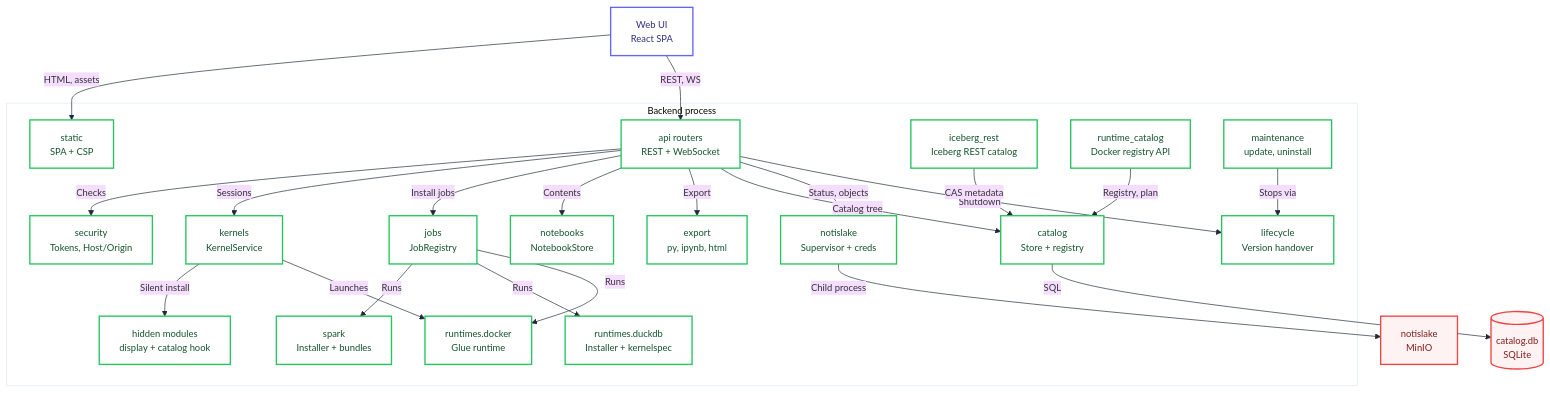
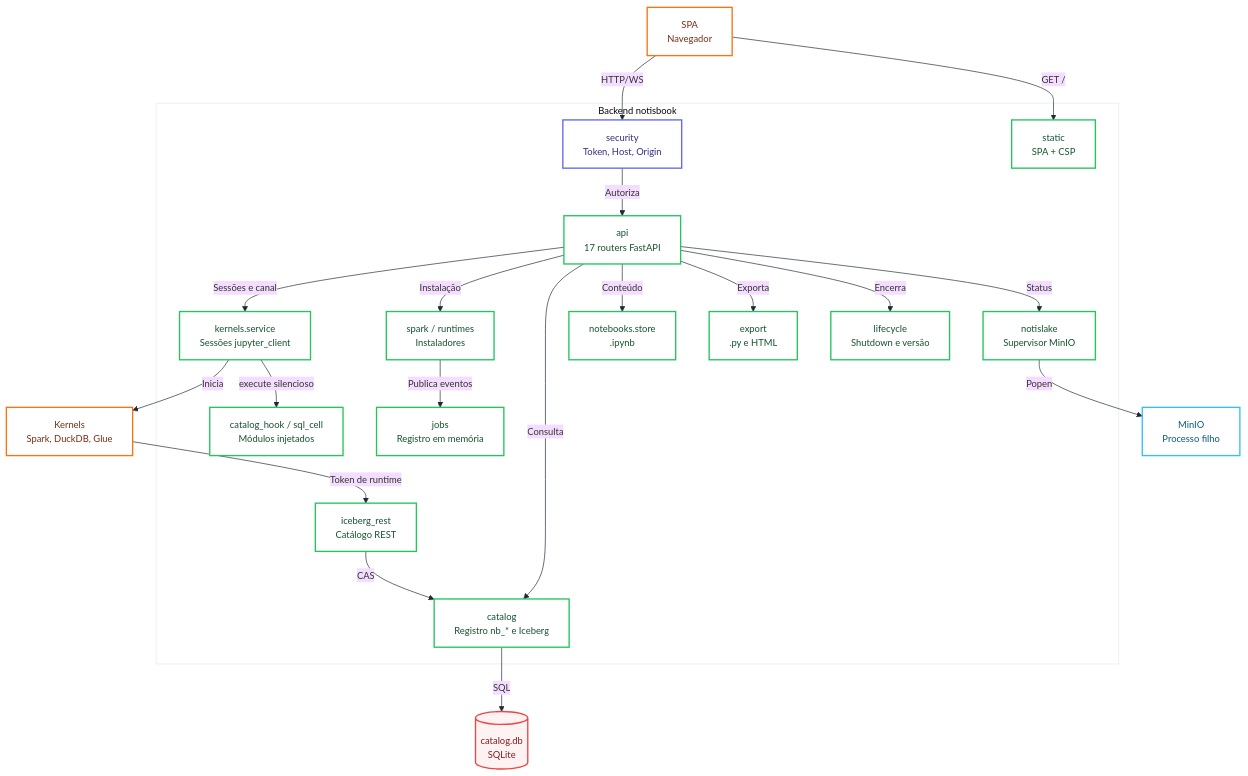
The diagram in docs/arch/component.mmd (ROM-mm/Notisbook), drawn with Mermaid before and after one commit. The commit also changed 7 other files, not shown here.

First line of the commit message:
fix(spark): bind local kernels to loopback only (#15)

```diff
--- a/docs/arch/component.mmd
+++ b/docs/arch/component.mmd
@@ -1,61 +1,57 @@
 %%{init: {"theme":"base",
   "fontFamily":"ui-monospace, SFMono-Regular, Menlo, monospace",
   "themeVariables":{
     "fontSize":"14px","lineColor":"#1F2937",
     "clusterBkg":"#FFFFFF","clusterBorder":"#E2E8F0"}}}%%
 graph TB
-    SPA["Web UI<br/>React SPA"]
+    SPA["SPA<br/>Navegador"]
+    KERN["Kernels<br/>Spark, DuckDB, Glue"]
 
-    subgraph BACKEND["Backend process"]
+    subgraph BACK["Backend notisbook"]
+        SEC["security<br/>Token, Host, Origin"]
+        ROUTERS["api<br/>17 routers FastAPI"]
         STATIC["static<br/>SPA + CSP"]
-        SEC["security<br/>Tokens, Host/Origin"]
-        ROUTERS["api routers<br/>REST + WebSocket"]
-        ICEREST["iceberg_rest<br/>Iceberg REST catalog"]
-        RTCAT["runtime_catalog<br/>Docker registry API"]
-        KERN["kernels<br/>KernelService"]
-        HOOKS["hidden modules<br/>display + catalog hook"]
-        SPARKI["spark<br/>Installer + bundles"]
-        DUCKI["runtimes.duckdb<br/>Installer + kernelspec"]
-        DOCKR["runtimes.docker<br/>Glue runtime"]
-        CATALOG["catalog<br/>Store + registry"]
-        NOTISLAKE["notislake<br/>Supervisor + creds"]
-        NBSTORE["notebooks<br/>NotebookStore"]
-        EXPORT["export<br/>py, ipynb, html"]
-        JOBS["jobs<br/>JobRegistry"]
-        MAINT["maintenance<br/>update, uninstall"]
-        LIFE["lifecycle<br/>Version handover"]
+        KSVC["kernels.service<br/>Sessões jupyter_client"]
+        HOOKS["catalog_hook / sql_cell<br/>Módulos injetados"]
+        RUNT["spark / runtimes<br/>Instaladores"]
+        JOBS["jobs<br/>Registro em memória"]
+        CAT["catalog<br/>Registro nb_* e Iceberg"]
+        ICE["iceberg_rest<br/>Catálogo REST"]
+        LAKE["notislake<br/>Supervisor MinIO"]
+        NBS["notebooks.store<br/>.ipynb"]
+        EXP["export<br/>.py e HTML"]
+        LIFE["lifecycle<br/>Shutdown e versão"]
     end
 
     CATDB[("catalog.db<br/>SQLite")]
-    MINIO["notislake<br/>MinIO"]
+    MINIO["MinIO<br/>Processo filho"]
 
-    SPA -->|"HTML, assets"| STATIC
-    SPA -->|"REST, WS"| ROUTERS
-    ROUTERS -->|"Checks"| SEC
-    ROUTERS -->|"Sessions"| KERN
-    ROUTERS -->|"Install jobs"| JOBS
-    JOBS -->|"Runs"| SPARKI
-    JOBS -->|"Runs"| DUCKI
-    JOBS -->|"Runs"| DOCKR
-    ROUTERS -->|"Contents"| NBSTORE
-    ROUTERS -->|"Export"| EXPORT
-    ROUTERS -->|"Catalog tree"| CATALOG
-    ROUTERS -->|"Status, objects"| NOTISLAKE
-    ROUTERS -->|"Shutdown"| LIFE
-    KERN -->|"Silent install"| HOOKS
-    KERN -->|"Launches"| DOCKR
-    ICEREST -->|"CAS metadata"| CATALOG
-    RTCAT -->|"Registry, plan"| CATALOG
-    CATALOG -->|"SQL"| CATDB
-    NOTISLAKE -->|"Child process"| MINIO
-    MAINT -->|"Stops via"| LIFE
+    SPA -->|"HTTP/WS"| SEC
+    SEC -->|"Autoriza"| ROUTERS
+    SPA -->|"GET /"| STATIC
+    ROUTERS -->|"Sessões e canal"| KSVC
+    ROUTERS -->|"Instalação"| RUNT
+    RUNT -->|"Publica eventos"| JOBS
+    ROUTERS -->|"Consulta"| CAT
+    ROUTERS -->|"Conteúdo"| NBS
+    ROUTERS -->|"Exporta"| EXP
+    ROUTERS -->|"Status"| LAKE
+    ROUTERS -->|"Encerra"| LIFE
+    KSVC -->|"execute silencioso"| HOOKS
+    KSVC -->|"Inicia"| KERN
+    KERN -->|"Token de runtime"| ICE
+    ICE -->|"CAS"| CAT
+    CAT -->|"SQL"| CATDB
+    LAKE -->|"Popen"| MINIO
 
     classDef external    fill:#FFFFFF,stroke:#F97316,stroke-width:2px,color:#7C2D12
     classDef integration fill:#FFFFFF,stroke:#6366F1,stroke-width:2px,color:#312E81
     classDef processing  fill:#FFFFFF,stroke:#22C55E,stroke-width:2px,color:#14532D
     classDef persistence fill:#FEF2F2,stroke:#EF4444,stroke-width:2px,color:#7F1D1D
     classDef support     fill:#FFFFFF,stroke:#38BDF8,stroke-width:2px,color:#075985
 
-    class SPA integration
-    class STATIC,SEC,ROUTERS,ICEREST,RTCAT,KERN,HOOKS,SPARKI,DUCKI,DOCKR,CATALOG,NOTISLAKE,NBSTORE,EXPORT,JOBS,MAINT,LIFE processing
-    class CATDB,MINIO persistence
+    class SPA,KERN external
+    class SEC integration
+    class ROUTERS,STATIC,KSVC,HOOKS,RUNT,JOBS,CAT,ICE,NBS,EXP,LIFE,LAKE processing
+    class CATDB persistence
+    class MINIO support
```
